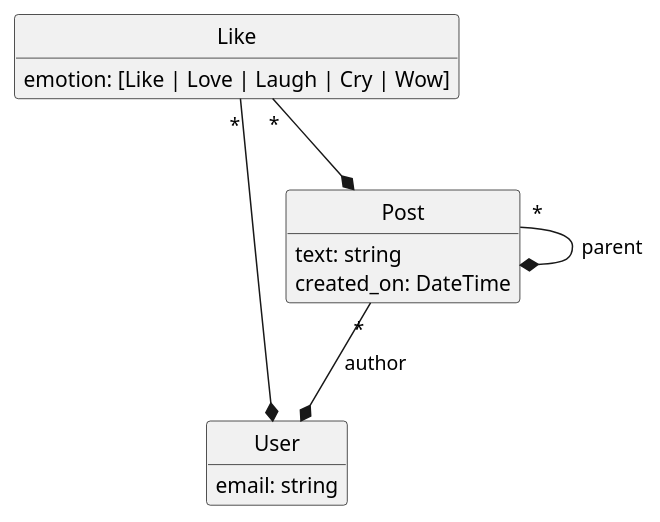
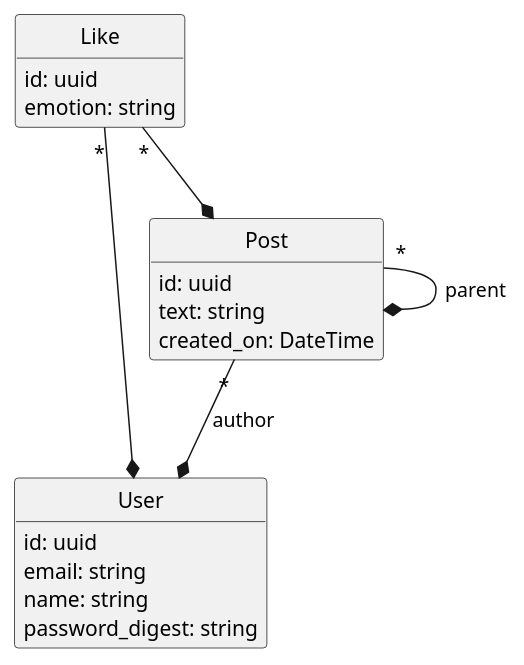
One commit to Adeynack/graphql_examples changed the diagram in model.wsd. Above: the diagram before and after it, drawn with PlantUML. The commit also changed 16 other files, not shown here.

```diff
--- a/model.wsd
+++ b/model.wsd
@@ -1,25 +1,30 @@
 @startuml Models
 
 hide empty methods
 hide circle
 
 class User {
+    id: uuid
     email: string
+    name: string
+    password_digest: string
 }
 
 class Post {
+    id: uuid
     text: string
     created_on: DateTime
 }
 
 Post "*" --* User: author
 Post "*" --* Post: parent
 
 class Like {
-    emotion: [Like | Love | Laugh | Cry | Wow]
+    id: uuid
+    emotion: string
 }
 
 Like "*" --* User
 Like "*" --* Post
 
 @enduml
```
